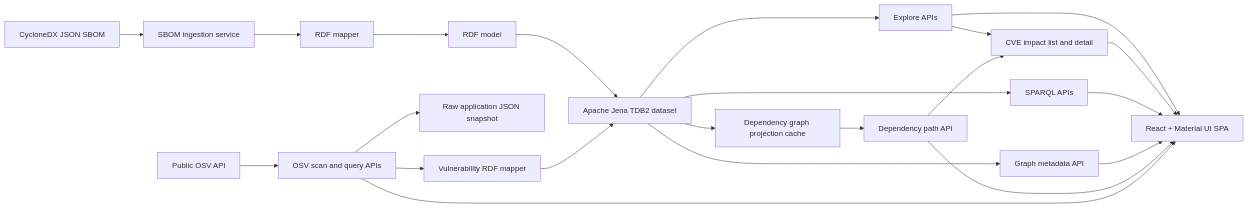
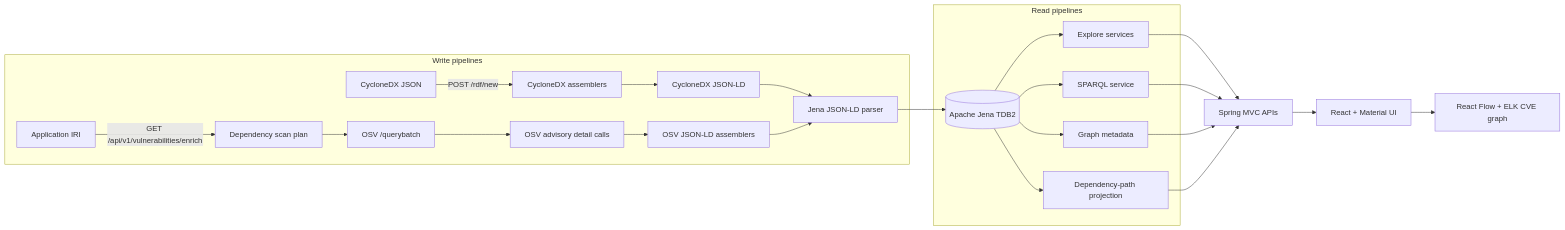
One commit to pkjPathania/dependency-risk-graph changed the first of 3 diagrams in README.md. Above: the diagram before and after it, drawn with Mermaid. The commit also changed other lines of this file and 43 other files, not shown here.

````diff
--- a/README.md
+++ b/README.md
@@ -38,24 +26,30 @@
 ```mermaid
 flowchart LR
-    SBOM[CycloneDX JSON SBOM] --> Ingest[SBOM ingestion service]
-    Ingest --> Mapper[RDF mapper]
-    Mapper --> RDF[RDF model]
-    RDF --> Jena[Apache Jena TDB2 dataset]
-    Jena --> Explore[Explore APIs]
-    Explore --> Impact[CVE impact list and detail]
-    Jena --> Sparql[SPARQL APIs]
-    Jena --> Metadata[Graph metadata API]
-    Jena --> Index[Dependency graph projection cache]
-    Index --> Path[Dependency path API]
-    Path --> Impact
-    Explore --> UI[React + Material UI SPA]
-    Impact --> UI
-    Sparql --> UI
-    Metadata --> UI
-    Path --> UI
-    OSV[Public OSV API] --> Osv[OSV scan and query APIs]
-    Osv --> Snapshot[Raw application JSON snapshot]
-    Osv --> VulnMap[Vulnerability RDF mapper]
-    VulnMap --> Jena
-    Osv --> UI
+    subgraph Write[Write pipelines]
+        SBOM[CycloneDX JSON] -->|POST /rdf/new| CDX[CycloneDX assemblers]
+        CDX --> CDXJSONLD[CycloneDX JSON-LD]
+        CDXJSONLD --> RDFParser[Jena JSON-LD parser]
+
+        APP[Application IRI] -->|GET /api/v1/vulnerabilities/enrich| PLAN[Dependency scan plan]
+        PLAN --> BATCH[OSV /querybatch]
+        BATCH --> DETAIL[OSV advisory detail calls]
+        DETAIL --> OSVJSONLD[OSV JSON-LD assemblers]
+        OSVJSONLD --> RDFParser
+    end
+
+    RDFParser --> TDB[(Apache Jena TDB2)]
+
+    subgraph Read[Read pipelines]
+        TDB --> EXPLORE[Explore services]
+        TDB --> SPARQL[SPARQL service]
+        TDB --> META[Graph metadata]
+        TDB --> PATH[Dependency-path projection]
+    end
+
+    EXPLORE --> API[Spring MVC APIs]
+    SPARQL --> API
+    META --> API
+    PATH --> API
+    API --> UI[React + Material UI]
+    UI --> FLOW[React Flow + ELK CVE graph]
 ```
````
